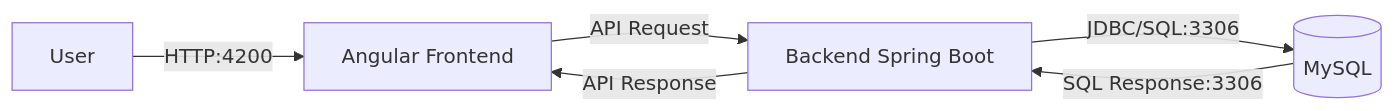
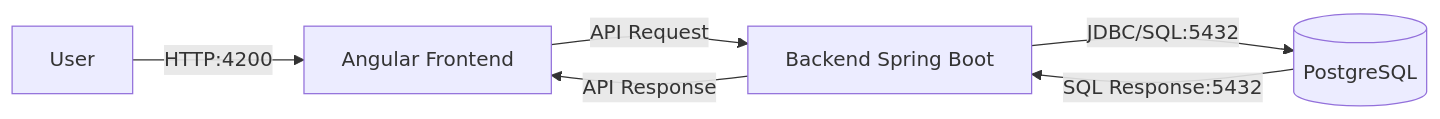
The second of 2 diagrams in docs/DevelopmentGuide.md (codeurjc-students/2025-MyMLB), drawn with Mermaid before and after one commit. The commit also changed other lines of this file, not shown here.

First line of the commit message:
Change database from MySQL to PostgreSQL and add profiles

`````diff
--- a/docs/DevelopmentGuide.md
+++ b/docs/DevelopmentGuide.md
@@ -137,8 +159,8 @@
 ```mermaid
 flowchart LR
     A[User] -- "HTTP:4200" --> B[Angular Frontend]
     B -- "API Request" --> C[Backend Spring Boot]
     C -- "API Response" --> B
-    C -- "JDBC/SQL:3306" --> D[(MySQL)]
-    D -- "SQL Response:3306" --> C
+    C -- "JDBC/SQL:5432" --> D[(PostgreSQL)]
+    D -- "SQL Response:5432" --> C
 ````
`````
